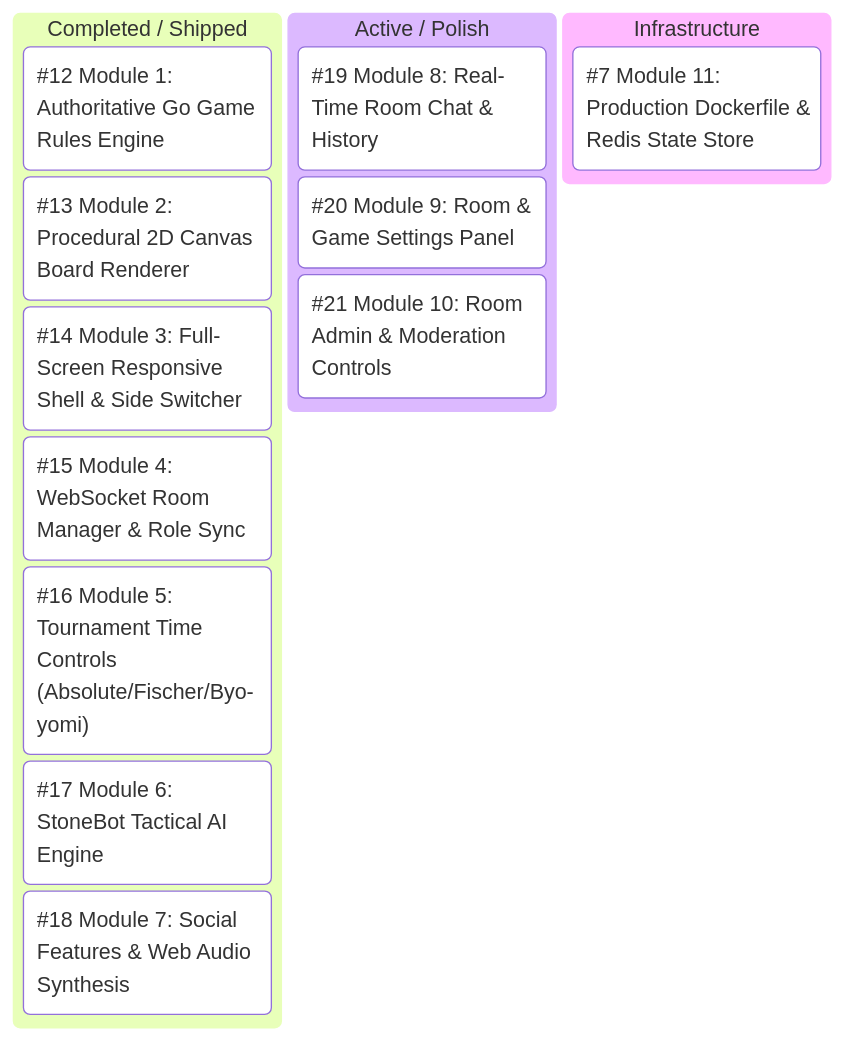
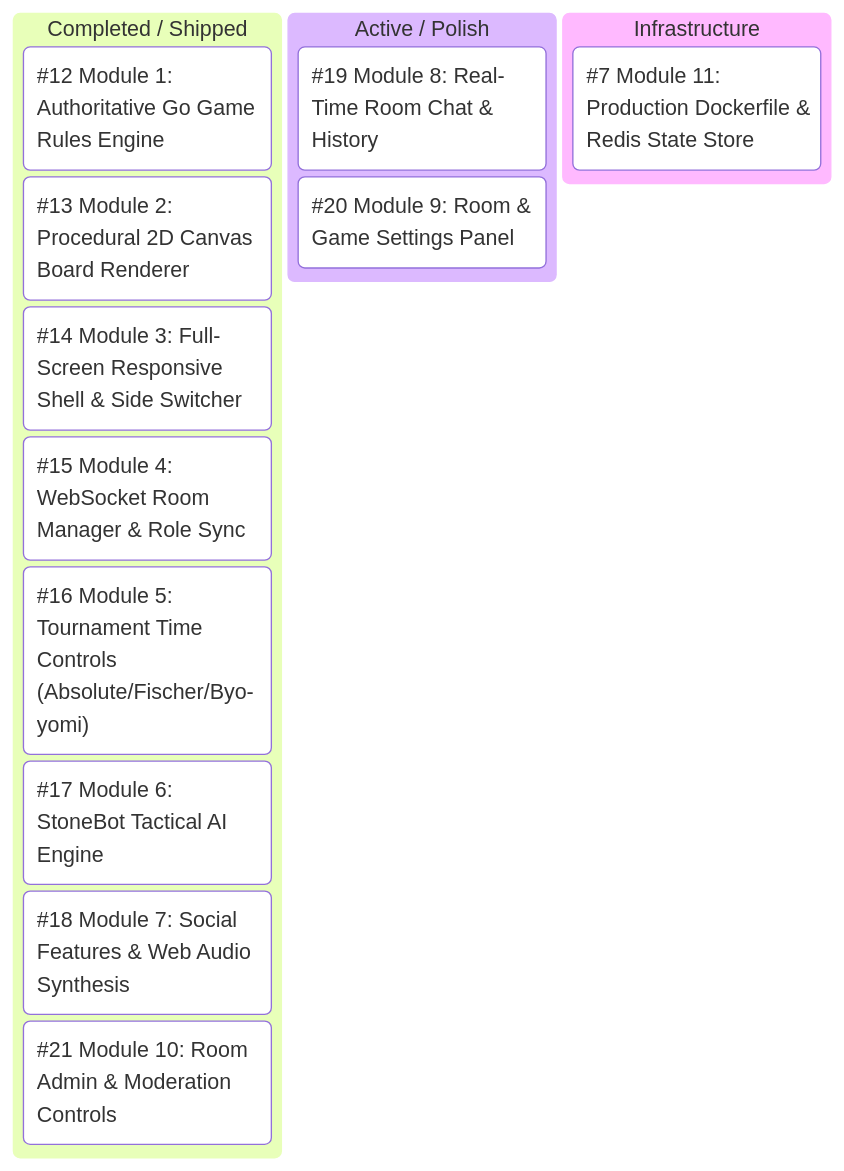
The diagram in PROJECT_ROADMAP.md (Archon-Phi/stonesync), drawn with Mermaid before and after one commit. The commit also changed other lines of this file and 3 other files, not shown here.

Commit message:
feat(admin): build out Module 10 Room Admin Panel with host controls, pause clock, kick player, and award win

````diff
--- a/PROJECT_ROADMAP.md
+++ b/PROJECT_ROADMAP.md
@@ -11,17 +11,17 @@
 ```mermaid
 kanban
   done[Completed / Shipped]
     issue_12["#12 Module 1: Authoritative Go Game Rules Engine"]
     issue_13["#13 Module 2: Procedural 2D Canvas Board Renderer"]
     issue_14["#14 Module 3: Full-Screen Responsive Shell & Side Switcher"]
     issue_15["#15 Module 4: WebSocket Room Manager & Role Sync"]
     issue_16["#16 Module 5: Tournament Time Controls (Absolute/Fischer/Byo-yomi)"]
     issue_17["#17 Module 6: StoneBot Tactical AI Engine"]
     issue_18["#18 Module 7: Social Features & Web Audio Synthesis"]
+    issue_21["#21 Module 10: Room Admin & Moderation Controls"]
   in_progress[Active / Polish]
     issue_19["#19 Module 8: Real-Time Room Chat & History"]
     issue_20["#20 Module 9: Room & Game Settings Panel"]
-    issue_21["#21 Module 10: Room Admin & Moderation Controls"]
   infrastructure[Infrastructure]
     issue_7["#7 Module 11: Production Dockerfile & Redis State Store"]
 ```
````
